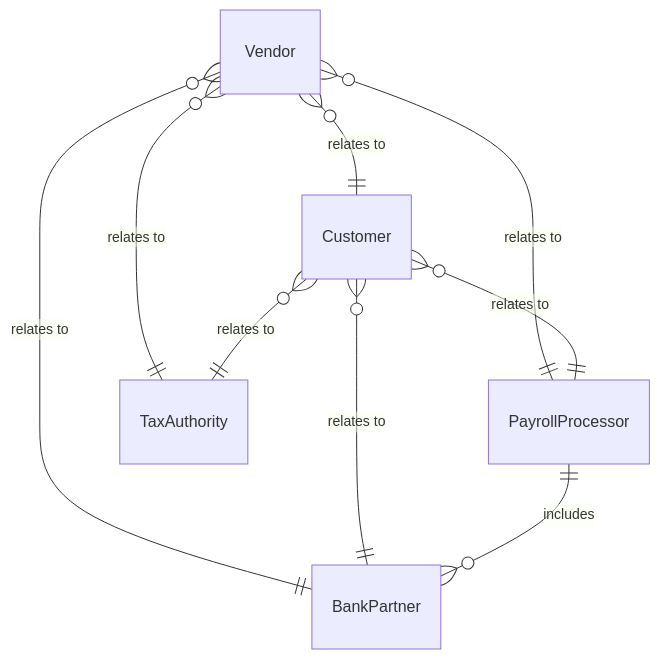
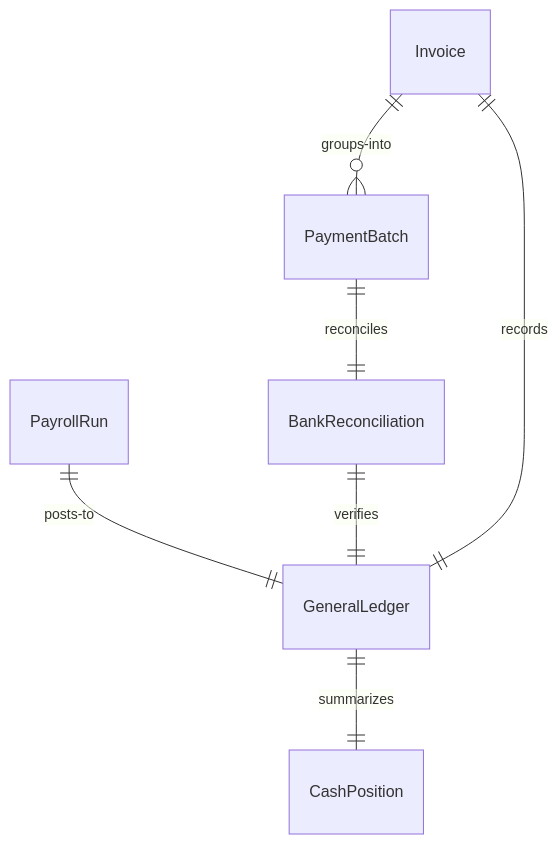
One commit to dot-org-ai/tasks.org.ai changed the first of 4 diagrams in GuidingDirectingAndMotivatingSubordinates/ManageBudgetsOrFinances/DirectFinancialOperations.mdx. Above: the diagram before and after it, drawn with Mermaid. The commit also changed other lines of this file and 515 other files, not shown here.

````diff
--- a/GuidingDirectingAndMotivatingSubordinates/ManageBudgetsOrFinances/DirectFinancialOperations.mdx
+++ b/GuidingDirectingAndMotivatingSubordinates/ManageBudgetsOrFinances/DirectFinancialOperations.mdx
@@ -88,11 +88,9 @@
 ```mermaid
 erDiagram
-    Vendor }o--|| Customer : "relates to"
-    Vendor }o--|| PayrollProcessor : "relates to"
-    Vendor }o--|| BankPartner : "relates to"
-    Vendor }o--|| TaxAuthority : "relates to"
-    Customer }o--|| PayrollProcessor : "relates to"
-    Customer }o--|| BankPartner : "relates to"
-    Customer }o--|| TaxAuthority : "relates to"
-    PayrollProcessor ||--o{ BankPartner : includes
+    Invoice ||--o{ PaymentBatch : "groups-into"
+    PayrollRun ||--|| GeneralLedger : "posts-to"
+    PaymentBatch ||--|| BankReconciliation : "reconciles"
+    GeneralLedger ||--|| CashPosition : "summarizes"
+    BankReconciliation ||--|| GeneralLedger : "verifies"
+    Invoice ||--|| GeneralLedger : "records"
 ```
````
